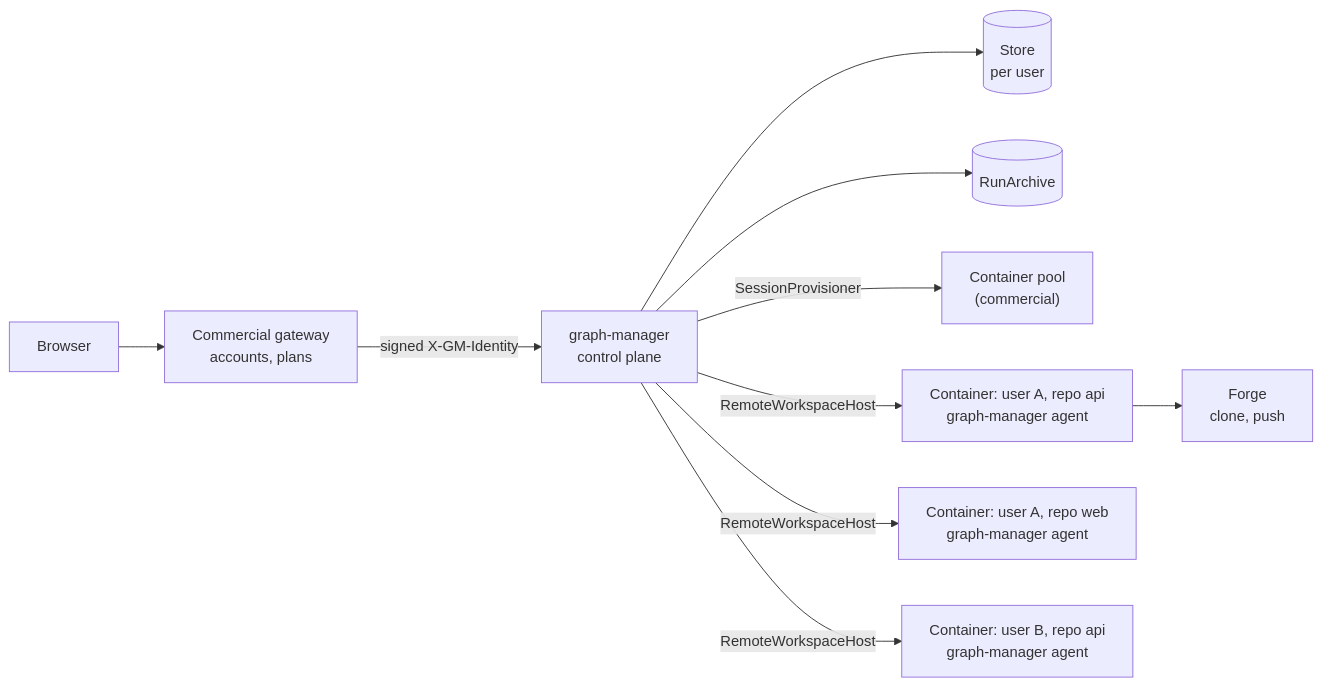
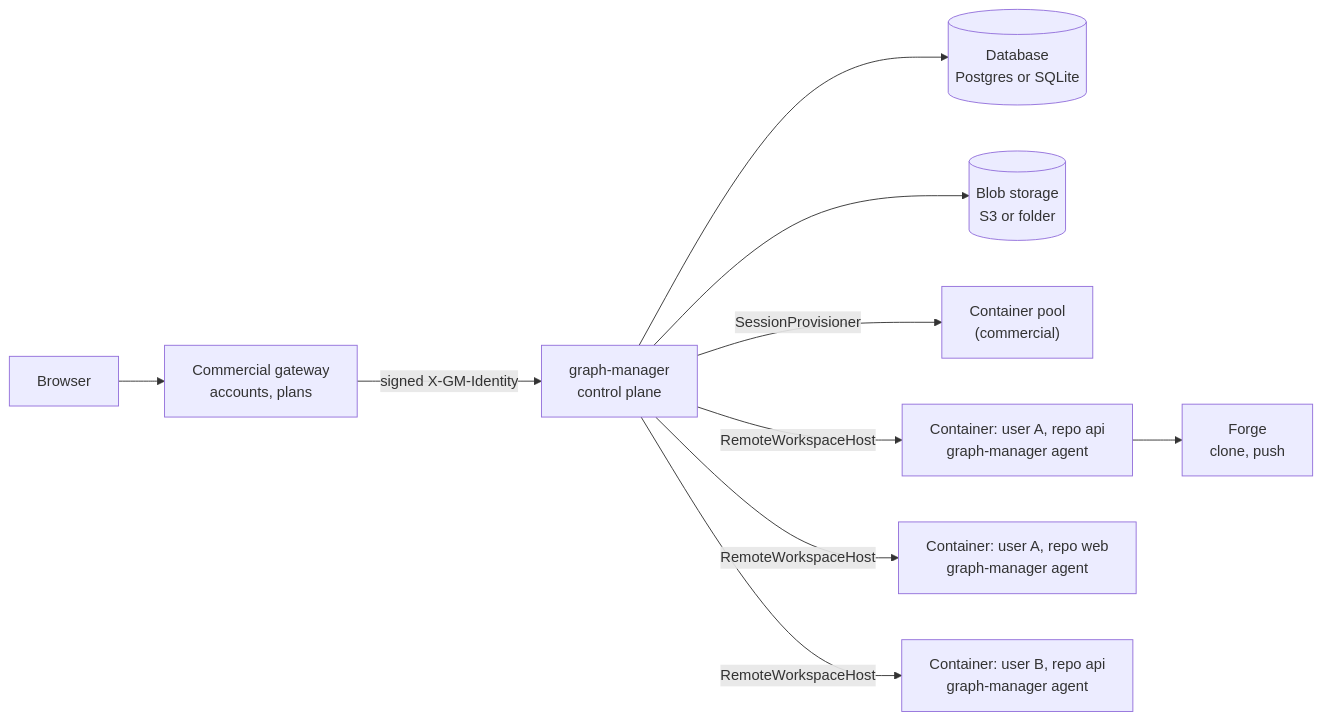
One commit to romm0109/graph-execution changed the first of 4 diagrams in docs/prd/hosted-sessions.md. Above: the diagram before and after it, drawn with Mermaid. The commit also changed other lines of this file, not shown here.

First line of the commit message:
docs: hosted-sessions spec: SQLite by default, optional Postgres and S3, full run archive

````diff
--- a/docs/prd/hosted-sessions.md
+++ b/docs/prd/hosted-sessions.md
@@ -32,12 +32,12 @@
 ```mermaid
 flowchart LR
   U["Browser"] --> GW["Commercial gateway<br/>accounts, plans"]
   GW -->|"signed X-GM-Identity"| CP["graph-manager<br/>control plane"]
-  CP --> ST[("Store<br/>per user")]
-  CP --> RA[("RunArchive")]
+  CP --> ST[("Database<br/>Postgres or SQLite")]
+  CP --> RA[("Blob storage<br/>S3 or folder")]
   CP -->|"SessionProvisioner"| K8["Container pool<br/>(commercial)"]
   CP -->|"RemoteWorkspaceHost"| A1["Container: user A, repo api<br/>graph-manager agent"]
   CP -->|"RemoteWorkspaceHost"| A2["Container: user A, repo web<br/>graph-manager agent"]
   CP -->|"RemoteWorkspaceHost"| B1["Container: user B, repo api<br/>graph-manager agent"]
   A1 --> F["Forge<br/>clone, push"]
 ```
````
